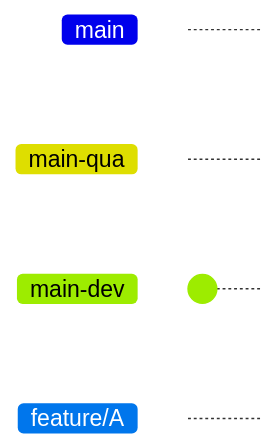
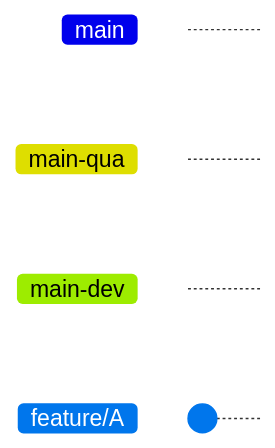
Before and after one commit to petitess/markdown: the first of 4 diagrams in mermaid04.md, drawn with Mermaid. Commit ids are hidden.

````diff
--- a/mermaid04.md
+++ b/mermaid04.md
@@ -1,9 +1,9 @@
 ```mermaid
 
 gitGraph
        branch main-qua
        branch main-dev
        branch feature/A
-       checkout main-dev
+       checkout feature/A
        commit
 ```
````
